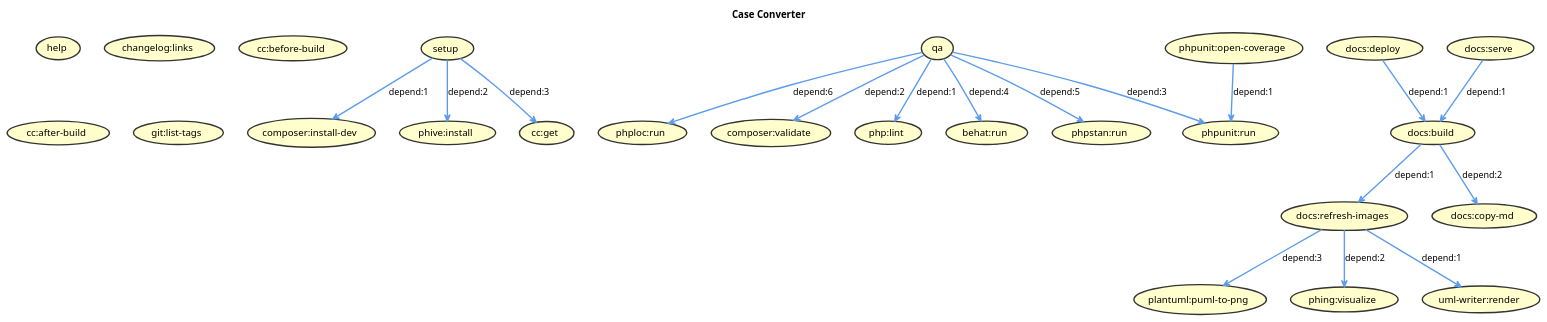
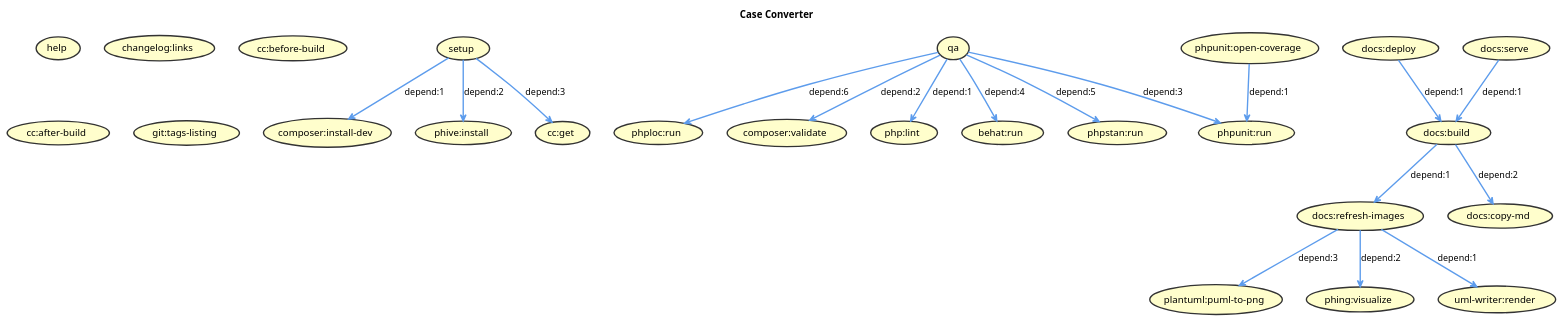
One commit to knm1/case-converter changed the diagram in images/build.puml. Above: the diagram before and after it, drawn with PlantUML. The commit also changed 78 other files, not shown here.

```diff
--- a/images/build.puml
+++ b/images/build.puml
@@ -1,56 +1,56 @@
 @startuml
 
 title Case Converter
 skinparam ArrowFontColor Black
 skinparam ArrowThickness 2
 skinparam UseCaseBackgroundColor #FFFECC
 skinparam UseCaseBorderColor #333333
 skinparam UseCaseBorderThickness 2
 skinparam UseCaseFontColor Black
 
 (help)
 (setup)
 (qa)
 (docs:refresh-images)
 (phploc:run)
 (composer:validate)
 (composer:install-dev)
-(phpunit:run)
 (phpunit:open-coverage)
 (php:lint)
 (behat:run)
 (phpstan:run)
+(phpunit:run)
 (phive:install)
 (changelog:links)
 (cc:get)
 (cc:before-build)
 (cc:after-build)
 (plantuml:puml-to-png)
-(git:list-tags)
+(git:tags-listing)
 (phing:visualize)
 (uml-writer:render)
 (docs:deploy)
 (docs:serve)
 (docs:build)
 (docs:copy-md)
 
 
 (setup) -[#5D9CEC]-> (composer:install-dev) : depend:1
 (setup) -[#5D9CEC]-> (phive:install) : depend:2
 (setup) -[#5D9CEC]-> (cc:get) : depend:3
 (qa) -[#5D9CEC]-> (php:lint) : depend:1
 (qa) -[#5D9CEC]-> (composer:validate) : depend:2
 (qa) -[#5D9CEC]-> (phpunit:run) : depend:3
 (qa) -[#5D9CEC]-> (behat:run) : depend:4
 (qa) -[#5D9CEC]-> (phpstan:run) : depend:5
 (qa) -[#5D9CEC]-> (phploc:run) : depend:6
 (docs:refresh-images) -[#5D9CEC]-> (uml-writer:render) : depend:1
 (docs:refresh-images) -[#5D9CEC]-> (phing:visualize) : depend:2
 (docs:refresh-images) -[#5D9CEC]-> (plantuml:puml-to-png) : depend:3
 (phpunit:open-coverage) -[#5D9CEC]-> (phpunit:run) : depend:1
 (docs:deploy) -[#5D9CEC]-> (docs:build) : depend:1
 (docs:serve) -[#5D9CEC]-> (docs:build) : depend:1
 (docs:build) -[#5D9CEC]-> (docs:refresh-images) : depend:1
 (docs:build) -[#5D9CEC]-> (docs:copy-md) : depend:2
 
 @enduml
```
